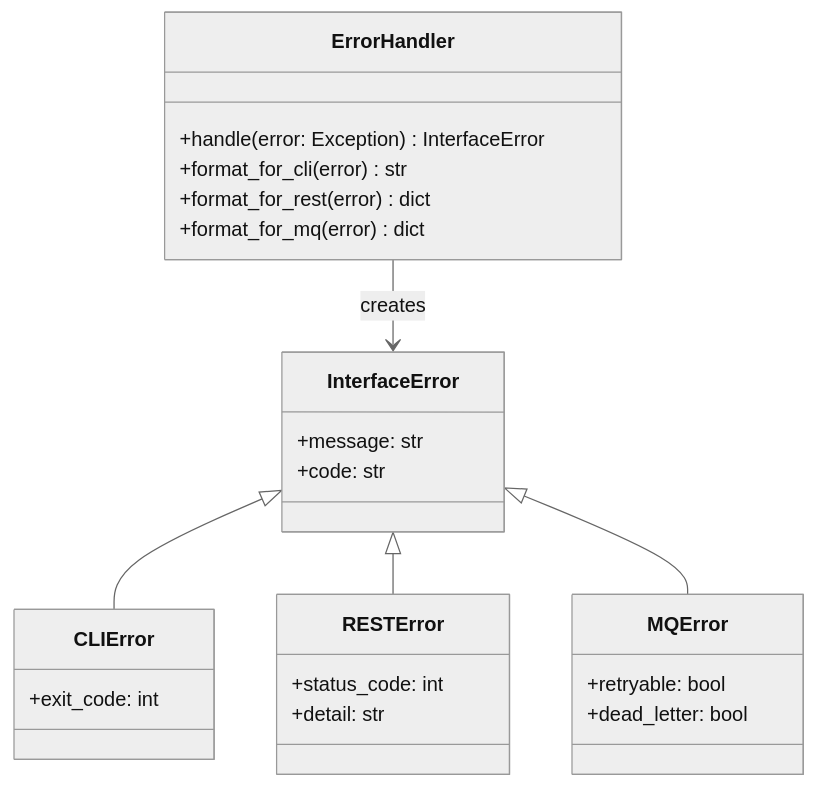
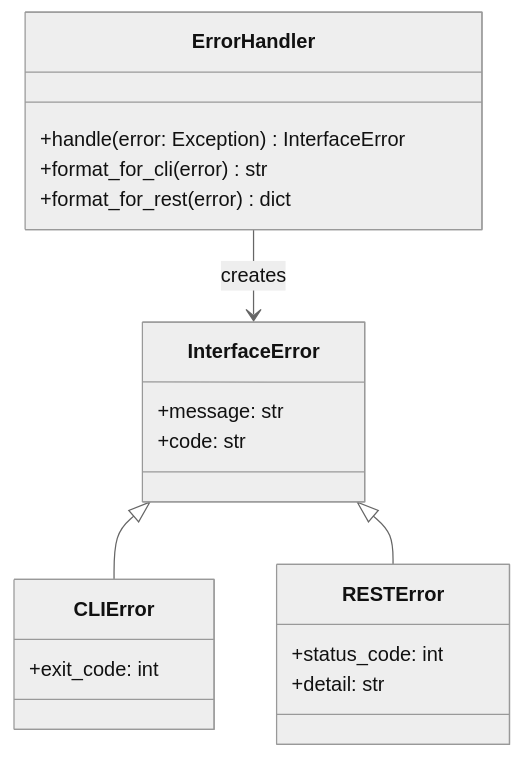
Before and after one commit to SatoryKono/BioactivityDataAcquisition: the seventh of 9 diagrams in docs/architecture/12-class-diagrams-interfaces.md, drawn with Mermaid (neutral theme). The commit also changed other lines of this file and 1 other file, not shown here.

````diff
--- a/docs/architecture/12-class-diagrams-interfaces.md
+++ b/docs/architecture/12-class-diagrams-interfaces.md
@@ -281,33 +198,26 @@
 ```mermaid
 classDiagram
     class InterfaceError {
         +message: str
         +code: str
     }
 
     class CLIError {
         +exit_code: int
     }
 
     class RESTError {
         +status_code: int
         +detail: str
     }
 
-    class MQError {
-        +retryable: bool
-        +dead_letter: bool
-    }
-
     class ErrorHandler {
         +handle(error: Exception) InterfaceError
         +format_for_cli(error) str
         +format_for_rest(error) dict
-        +format_for_mq(error) dict
     }
 
     InterfaceError <|-- CLIError
     InterfaceError <|-- RESTError
-    InterfaceError <|-- MQError
     ErrorHandler --> InterfaceError : creates
 ```
````
